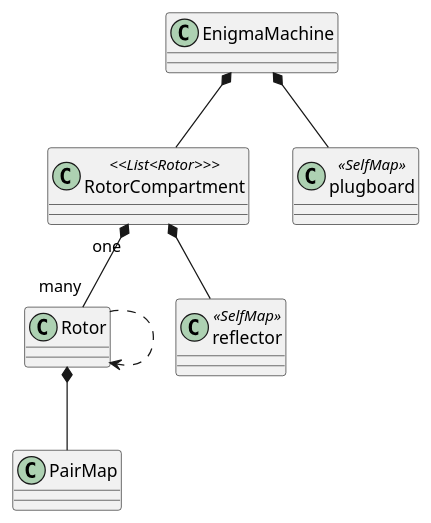
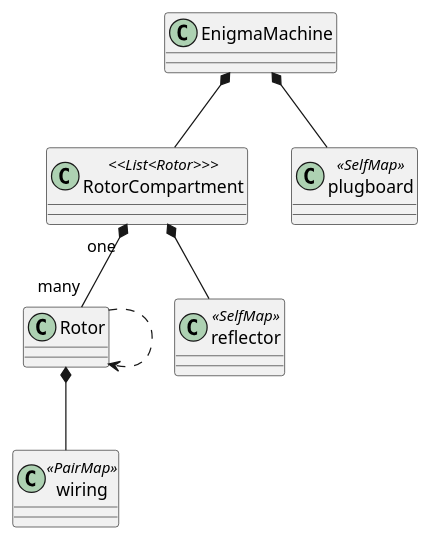
The diagram in docs/prog/enigmamodel.puml (lolfail/enigma-nhf), drawn with PlantUML before and after one commit. The commit also changed 4 other files, not shown here.

```diff
--- a/docs/prog/enigmamodel.puml
+++ b/docs/prog/enigmamodel.puml
@@ -1,20 +1,20 @@
 @startuml
 skinparam defaultFontName Fira Code
 
 class EnigmaMachine
 class RotorCompartment <<List<Rotor>>>
 class Rotor
 
 class reflector <<SelfMap>>
 class plugboard <<SelfMap>>
-class PairMap
+class wiring <<PairMap>>
 
 EnigmaMachine *-- RotorCompartment
-RotorCompartment "one" *-- "many" Rotor
+RotorCompartment "one " *-- "many" Rotor
 Rotor ..> Rotor
 
 EnigmaMachine *-- plugboard
 RotorCompartment *-- reflector
-Rotor *-- PairMap
+Rotor *-- wiring
 
 @enduml
```
